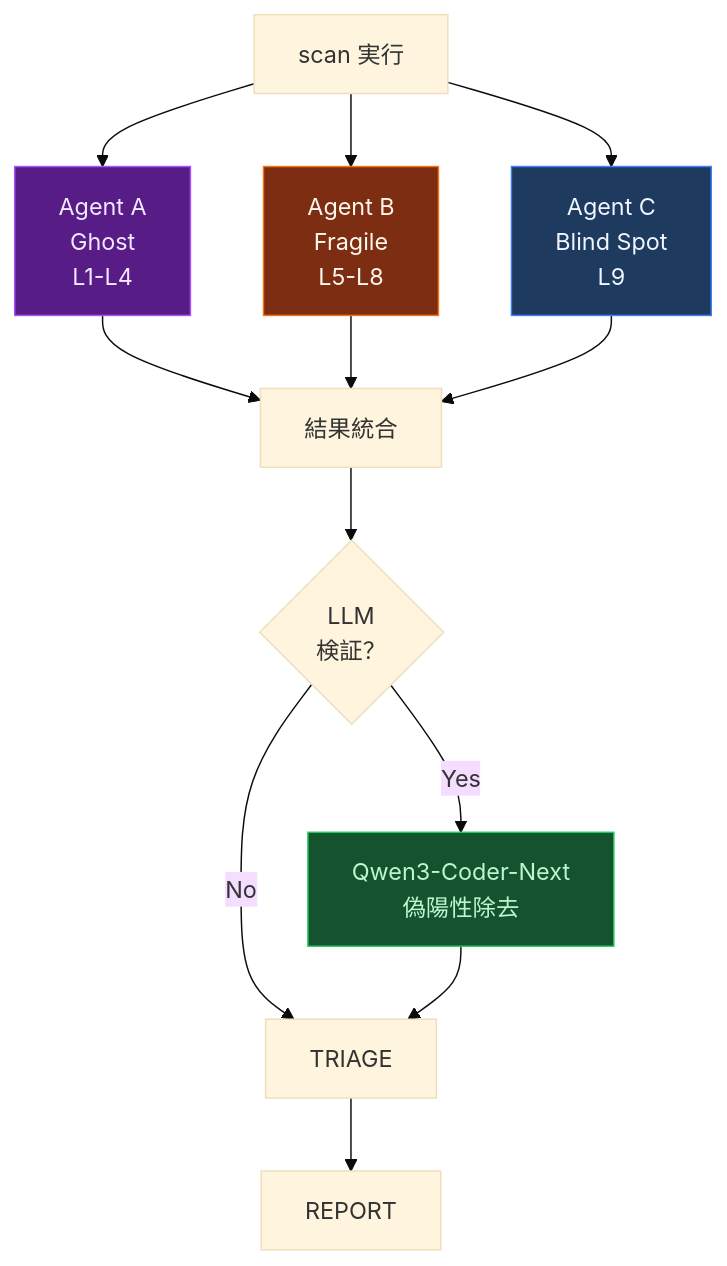
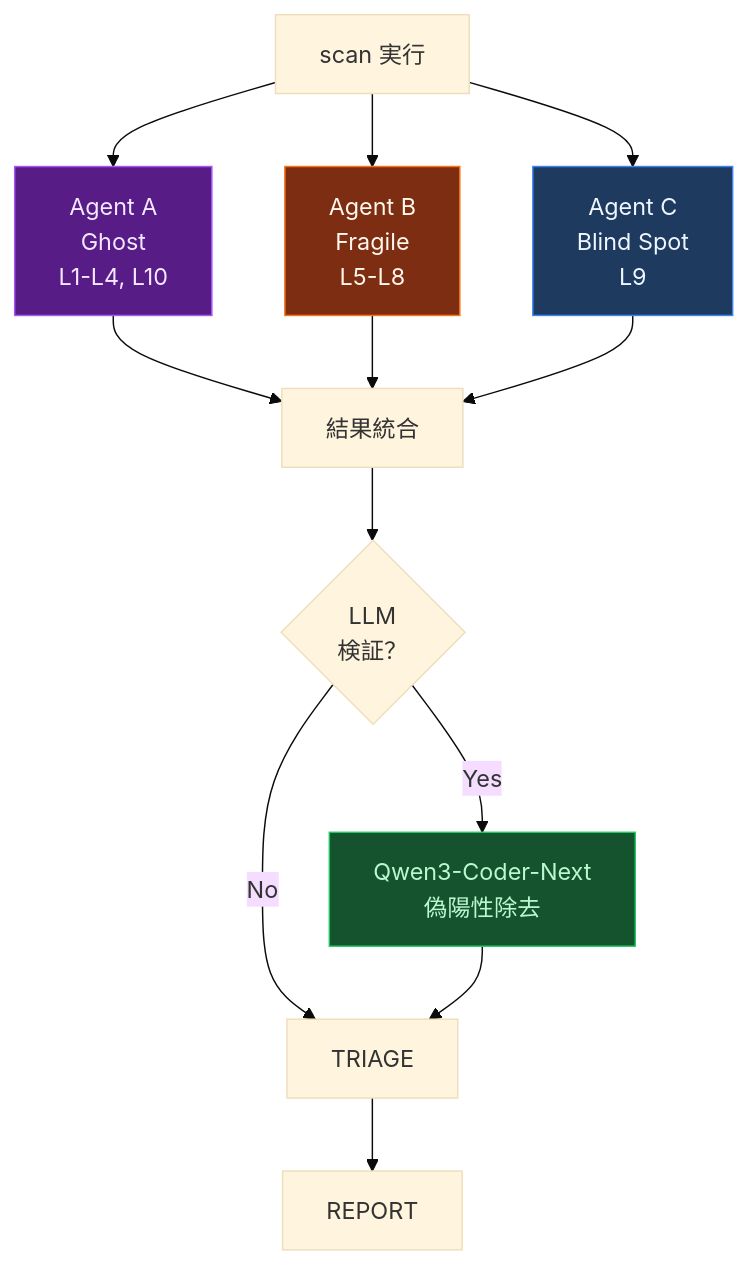
One commit to ohyesiamy/web-anomaly-detector changed diagram 14 of 18 in README.md. Above: the diagram before and after it, drawn with Mermaid (base theme). The commit also changed other lines of this file and 10 other files, not shown here.

````diff
--- a/README.md
+++ b/README.md
@@ -765,21 +804,21 @@
 ```mermaid
 graph TB
-    Scan["scan 実行"] --> A["Agent A\nGhost\nL1-L4"]
+    Scan["scan 実行"] --> A["Agent A\nGhost\nL1-L4, L10"]
     Scan --> B["Agent B\nFragile\nL5-L8"]
     Scan --> C["Agent C\nBlind Spot\nL9"]
 
     A --> Merge["結果統合"]
     B --> Merge
     C --> Merge
 
     Merge --> Verify{"LLM\n検証？"}
     Verify -->|Yes| LLM["Qwen3-Coder-Next\n偽陽性除去"]
     Verify -->|No| Triage["TRIAGE"]
     LLM --> Triage
     Triage --> Report["REPORT"]
 
     style A fill:#581c87,stroke:#a855f7,color:#f3e8ff
     style B fill:#7c2d12,stroke:#f97316,color:#fff7ed
     style C fill:#1e3a5f,stroke:#3b82f6,color:#eff6ff
     style LLM fill:#14532d,stroke:#22c55e,color:#bbf7d0
 ```
````
